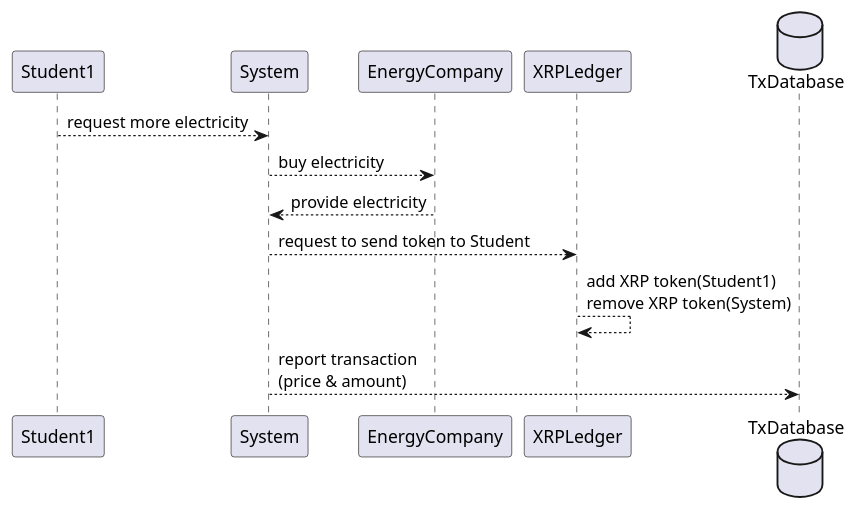
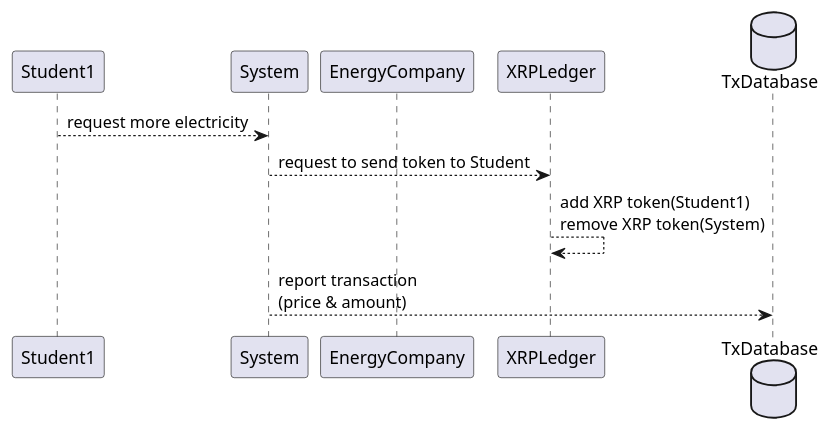
The diagram in Seq04_AddIssueToken.plantuml (KyotoUniv-SIC/electoric-power-exchange), drawn with PlantUML before and after one commit.

Commit message:
feat: sequence修正

```diff
--- a/Seq04_AddIssueToken.plantuml
+++ b/Seq04_AddIssueToken.plantuml
@@ -1,14 +1,12 @@
 @startuml sequence
 participant Student1 as st1
 participant System as sys
 participant EnergyCompany as ec
 participant XRPLedger as xl
 database TxDatabase as db2
 
 st1 --> sys : request more electricity
-sys --> ec : buy electricity
-ec --> sys : provide electricity
 sys --> xl : request to send token to Student 
 xl --> xl : add XRP token(Student1)\nremove XRP token(System)
 sys --> db2 : report transaction\n(price & amount) 
 @enduml
```
